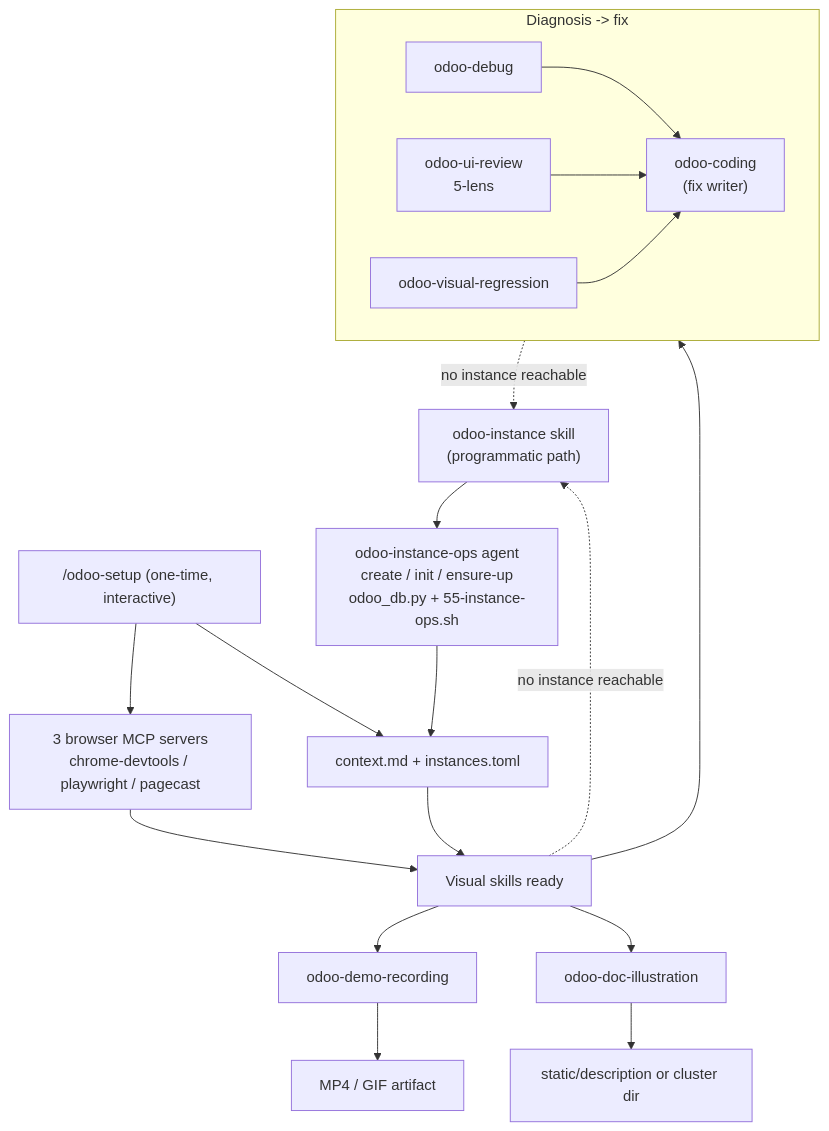
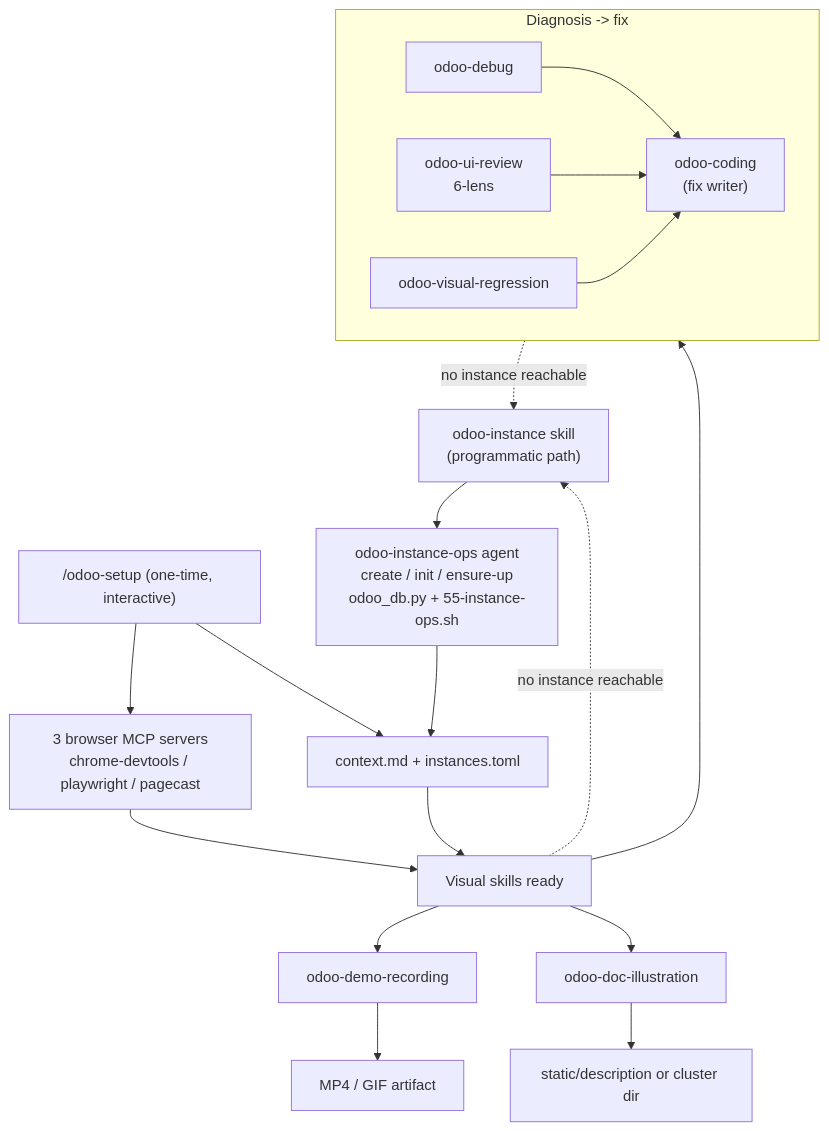
One commit to Viindoo/odoo-mcp-client changed the fourth of 7 diagrams in plugins/odoo-ai-agents/README.md. Above: the diagram before and after it, drawn with Mermaid. The commit also changed other lines of this file and 33 other files, not shown here.

````diff
--- a/plugins/odoo-ai-agents/README.md
+++ b/plugins/odoo-ai-agents/README.md
@@ -282,29 +288,29 @@
 ```mermaid
 flowchart TD
     SETUP["/odoo-setup (one-time, interactive)"]
     SETUP --> MCPW["3 browser MCP servers<br/>chrome-devtools / playwright / pagecast"]
     SETUP --> CTX["context.md + instances.toml"]
 
     INST["odoo-instance skill<br/>(programmatic path)"]
     INST --> IOPS["odoo-instance-ops agent<br/>create / init / ensure-up<br/>odoo_db.py + 55-instance-ops.sh"]
     IOPS --> CTX
 
     MCPW --> SK["Visual skills ready"]
     CTX --> SK
 
     subgraph FIX_SKILLS["Diagnosis -> fix"]
         UID["odoo-debug"] --> FC["odoo-coding<br/>(fix writer)"]
-        UIR["odoo-ui-review<br/>5-lens"] --> FC
+        UIR["odoo-ui-review<br/>6-lens"] --> FC
         VR["odoo-visual-regression"] --> FC
     end
 
     SK --> FIX_SKILLS
     SK --> DR["odoo-demo-recording"]
     DR --> MEDIA["MP4 / GIF artifact"]
 
     SK --> DOC["odoo-doc-illustration"]
     DOC --> DOCOUT["static/description or cluster dir"]
 
     FIX_SKILLS -. "no instance reachable" .-> INST
     SK -. "no instance reachable" .-> INST
 ```
````
